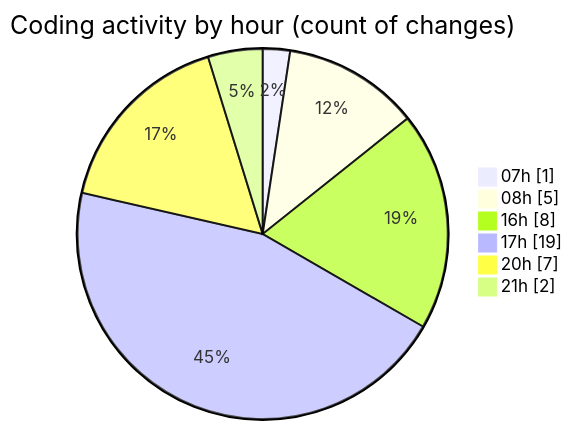
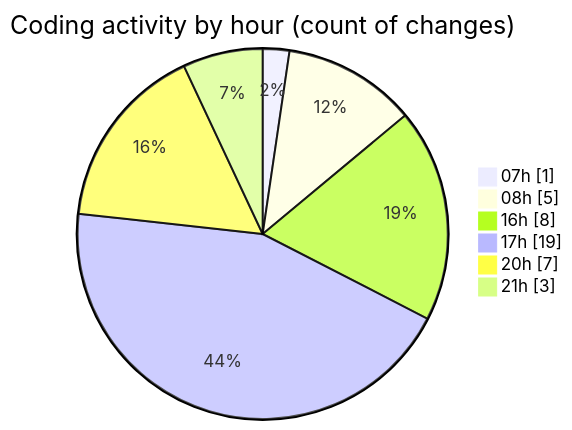
The second of 2 diagrams in 2025-02-13/elitegpt/README.md (Elitesun/code-tracking), drawn with Mermaid before and after one commit. The commit also changed other lines of this file and 1 other file, not shown here.

````diff
--- a/2025-02-13/elitegpt/README.md
+++ b/2025-02-13/elitegpt/README.md
@@ -36,10 +36,10 @@
 ```mermaid
 pie showData
 title Coding activity by hour (count of changes)
 "07h" : 1
 "08h" : 5
 "16h" : 8
 "17h" : 19
 "20h" : 7
-"21h" : 2
+"21h" : 3
 ```
````
